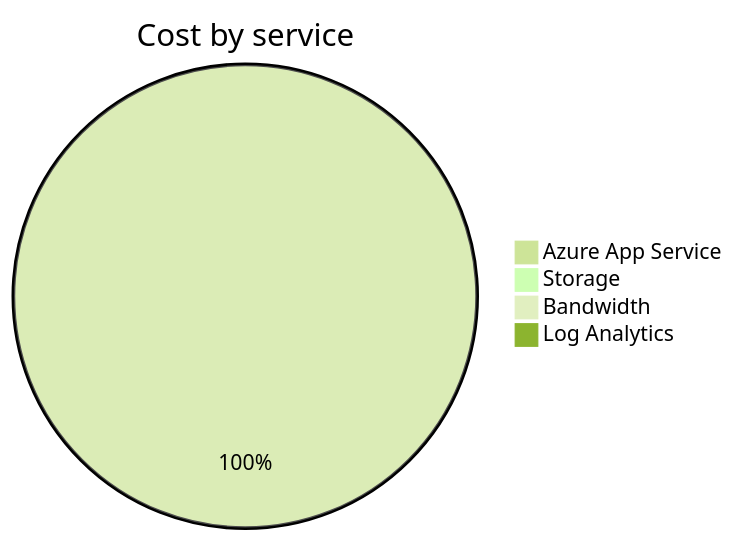
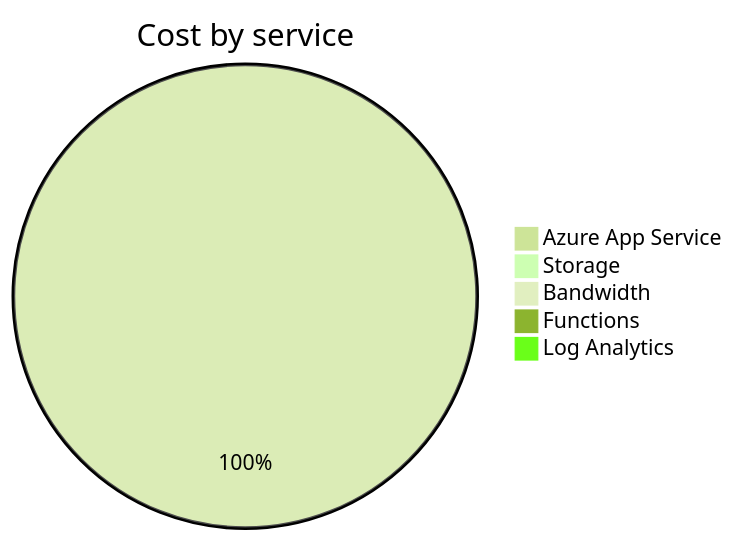
One commit to jpfulton/azure-personal-reports changed the second of 4 diagrams in cost-reports/personal-site/README.md. Above: the diagram before and after it, drawn with Mermaid (forest theme). The commit also changed other lines of this file and 6 other files, not shown here.

````diff
--- a/cost-reports/personal-site/README.md
+++ b/cost-reports/personal-site/README.md
@@ -98,8 +99,9 @@
 ```mermaid
 pie
    title Cost by service
-   "Azure App Service" : 1.01
+   "Azure App Service" : 1.60
    "Storage" : 0.00
    "Bandwidth" : 0.00
+   "Functions" : 0.00
    "Log Analytics" : 0.00
 ```
````
